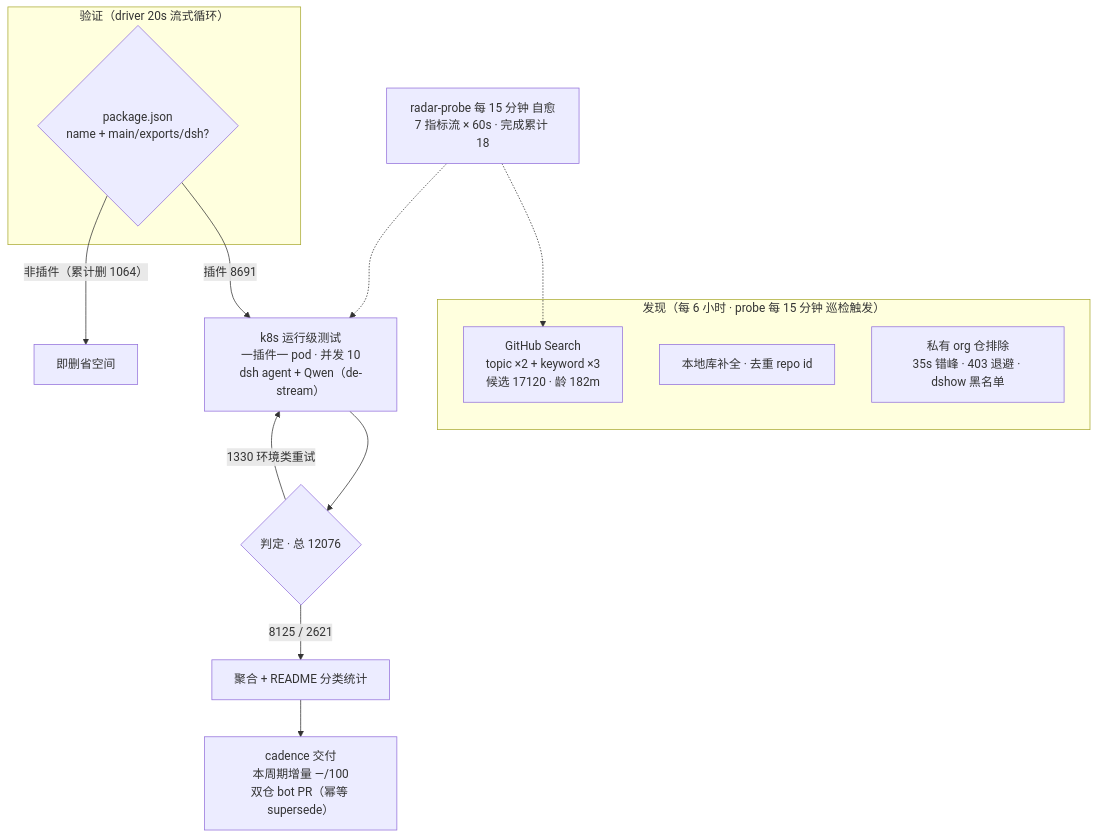
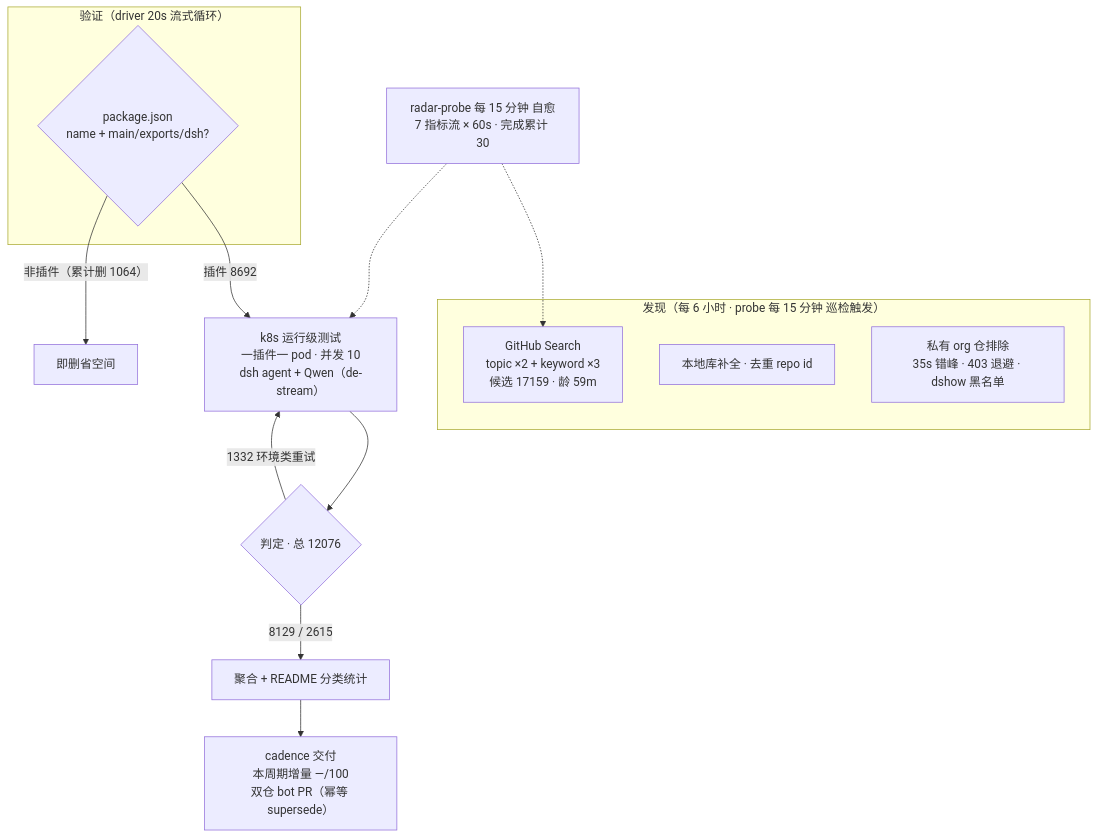
Before and after one commit to Zhidao-Lab-OSS/awesome-dsh-plugins: the diagram in README.md, drawn with Mermaid. The commit also changed other lines of this file and 1 other file, not shown here.

````diff
--- a/README.md
+++ b/README.md
@@ -52,20 +52,20 @@
 ```mermaid
 flowchart TB
     subgraph Discovery["发现（每 6 小时 · probe 每 15 分钟 巡检触发）"]
-        A1["GitHub Search<br/>topic ×2 + keyword ×3<br/>候选 17120 · 龄 182m"]
+        A1["GitHub Search<br/>topic ×2 + keyword ×3<br/>候选 17159 · 龄 59m"]
         A2["本地库补全 · 去重 repo id"]
         A3["私有 org 仓排除<br/>35s 错峰 · 403 退避 · dshow 黑名单"]
     end
     subgraph Validation["验证（driver 20s 流式循环）"]
         B1{"package.json<br/>name + main/exports/dsh?"}
     end
-    B1 -->|"插件 8691"| C1["k8s 运行级测试<br/>一插件一 pod · 并发 10<br/>dsh agent + Qwen（de-stream）"]
+    B1 -->|"插件 8692"| C1["k8s 运行级测试<br/>一插件一 pod · 并发 10<br/>dsh agent + Qwen（de-stream）"]
     B1 -->|"非插件（累计删 1064）"| B3["即删省空间"]
     C1 --> D1{"判定 · 总 12076"}
-    D1 -->|"8125 / 2621"| E1["聚合 + README 分类统计"]
-    D1 -->|"1330 环境类重试"| C1
+    D1 -->|"8129 / 2615"| E1["聚合 + README 分类统计"]
+    D1 -->|"1332 环境类重试"| C1
     E1 --> E2["cadence 交付<br/>本周期增量 —/100<br/>双仓 bot PR（幂等 supersede）"]
-    M["radar-probe 每 15 分钟 自愈<br/>7 指标流 × 60s · 完成累计 18"]
+    M["radar-probe 每 15 分钟 自愈<br/>7 指标流 × 60s · 完成累计 30"]
     M -.-> A1
     M -.-> C1
 ```
````
